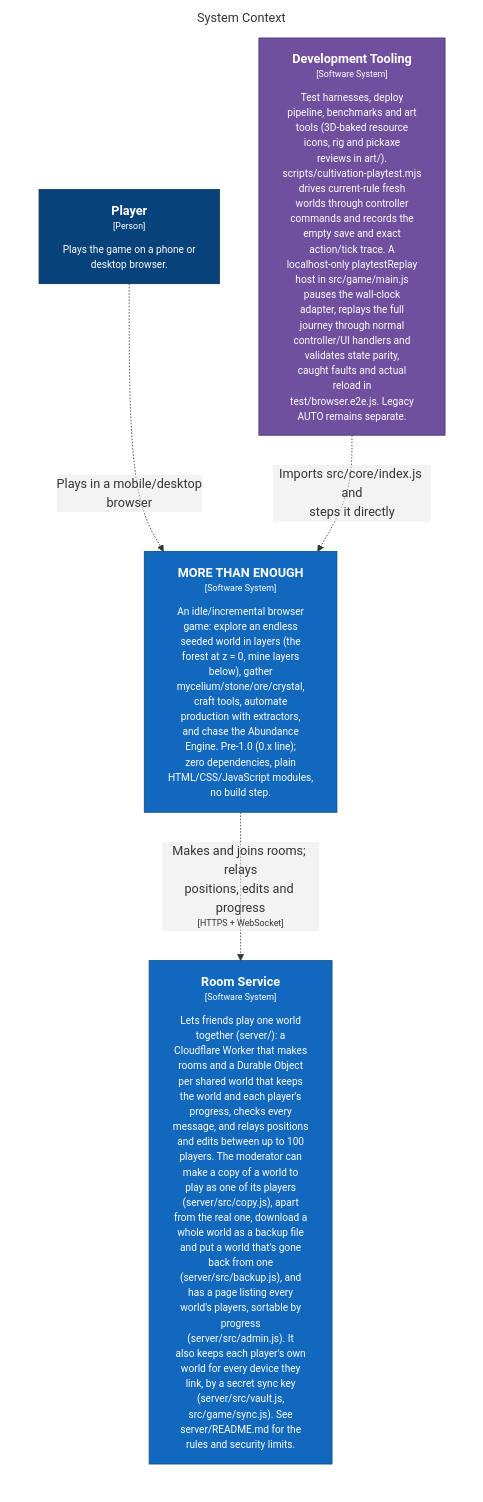
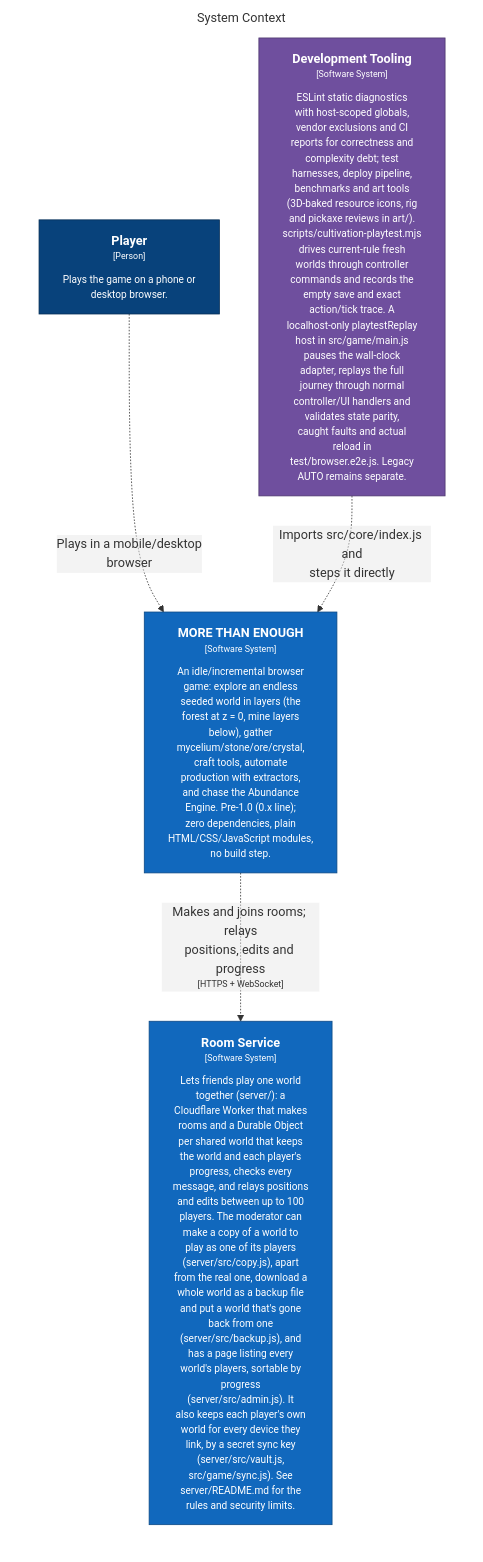
Before and after one commit to bitkojine/more-than-enough: the diagram in structurizr/diagrams/SystemContext.mmd, drawn with Mermaid. The commit also changed 31 other files, not shown here.

Commit message:
Release 0.180.7: remove NEW badges and add static analysis reports

```diff
--- a/structurizr/diagrams/SystemContext.mmd
+++ b/structurizr/diagrams/SystemContext.mmd
@@ -1,21 +1,21 @@
 %% Generated from structurizr/workspace.dsl — do not edit; run: node structurizr/scripts/structurizr.mjs mermaid
 graph LR
   linkStyle default fill:#ffffff
 
   subgraph diagram ["System Context"]
     style diagram fill:#ffffff,stroke:#ffffff
 
     1["<div style='font-weight: bold'>Player</div><div style='font-size: 70%; margin-top: 0px'>[Person]</div><div style='font-size: 80%; margin-top:10px'>Plays the game on a phone or<br />desktop browser.</div>"]
     style 1 fill:#08427b,stroke:#052e56,color:#ffffff
     3["<div style='font-weight: bold'>MORE THAN ENOUGH</div><div style='font-size: 70%; margin-top: 0px'>[Software System]</div><div style='font-size: 80%; margin-top:10px'>An idle/incremental browser<br />game: explore an endless<br />seeded world in layers (the<br />forest at z = 0, mine layers<br />below), gather<br />mycelium/stone/ore/crystal,<br />craft tools, automate<br />production with extractors,<br />and chase the Abundance<br />Engine. Pre-1.0 (0.x line);<br />zero dependencies, plain<br />HTML/CSS/JavaScript modules,<br />no build step.</div>"]
     style 3 fill:#1168bd,stroke:#0b4884,color:#ffffff
     34["<div style='font-weight: bold'>Room Service</div><div style='font-size: 70%; margin-top: 0px'>[Software System]</div><div style='font-size: 80%; margin-top:10px'>Lets friends play one world<br />together (server/): a<br />Cloudflare Worker that makes<br />rooms and a Durable Object<br />per shared world that keeps<br />the world and each player's<br />progress, checks every<br />message, and relays positions<br />and edits between up to 100<br />players. The moderator can<br />make a copy of a world to<br />play as one of its players<br />(server/src/copy.js), apart<br />from the real one, download a<br />whole world as a backup file<br />and put a world that's gone<br />back from one<br />(server/src/backup.js), and<br />has a page listing every<br />world's players, sortable by<br />progress<br />(server/src/admin.js). It<br />also keeps each player's own<br />world for every device they<br />link, by a secret sync key<br />(server/src/vault.js,<br />src/game/sync.js). See<br />server/README.md for the<br />rules and security limits.</div>"]
     style 34 fill:#1168bd,stroke:#0b4884,color:#ffffff
-    35["<div style='font-weight: bold'>Development Tooling</div><div style='font-size: 70%; margin-top: 0px'>[Software System]</div><div style='font-size: 80%; margin-top:10px'>Test harnesses, deploy<br />pipeline, benchmarks and art<br />tools (3D-baked resource<br />icons, rig and pickaxe<br />reviews in art/).<br />scripts/cultivation-playtest.mjs<br />drives current-rule fresh<br />worlds through controller<br />commands and records the<br />empty save and exact<br />action/tick trace. A<br />localhost-only playtestReplay<br />host in src/game/main.js<br />pauses the wall-clock<br />adapter, replays the full<br />journey through normal<br />controller/UI handlers and<br />validates state parity,<br />caught faults and actual<br />reload in<br />test/browser.e2e.js. Legacy<br />AUTO remains separate.</div>"]
+    35["<div style='font-weight: bold'>Development Tooling</div><div style='font-size: 70%; margin-top: 0px'>[Software System]</div><div style='font-size: 80%; margin-top:10px'>ESLint static diagnostics<br />with host-scoped globals,<br />vendor exclusions and CI<br />reports for correctness and<br />complexity debt; test<br />harnesses, deploy pipeline,<br />benchmarks and art tools<br />(3D-baked resource icons, rig<br />and pickaxe reviews in art/).<br />scripts/cultivation-playtest.mjs<br />drives current-rule fresh<br />worlds through controller<br />commands and records the<br />empty save and exact<br />action/tick trace. A<br />localhost-only playtestReplay<br />host in src/game/main.js<br />pauses the wall-clock<br />adapter, replays the full<br />journey through normal<br />controller/UI handlers and<br />validates state parity,<br />caught faults and actual<br />reload in<br />test/browser.e2e.js. Legacy<br />AUTO remains separate.</div>"]
     style 35 fill:#6f4f9e,stroke:#4d376e,color:#ffffff
 
     1-. "<div>Plays in a mobile/desktop<br />browser</div><div style='font-size: 70%'></div>" .->3
     3-. "<div>Makes and joins rooms; relays<br />positions, edits and progress</div><div style='font-size: 70%'>[HTTPS + WebSocket]</div>" .->34
     35-. "<div>Imports src/core/index.js and<br />steps it directly</div><div style='font-size: 70%'></div>" .->3
 
   end
```
